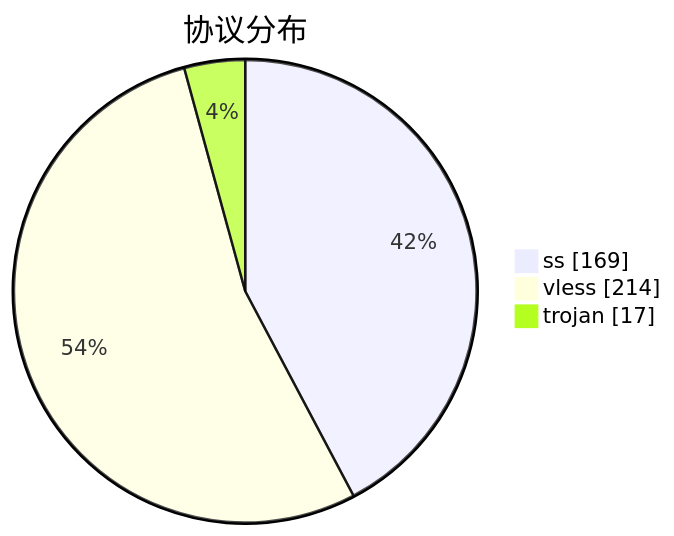
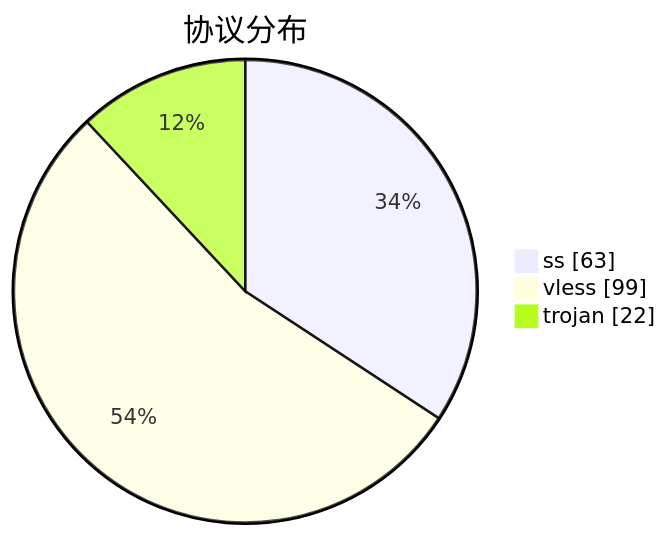
Before and after one commit to qjlxg/airport: the third of 3 diagrams in subs/statistics/tested_within.md, drawn with Mermaid. The commit also changed other lines of this file and 2 other files, not shown here.

````diff
--- a/subs/statistics/tested_within.md
+++ b/subs/statistics/tested_within.md
@@ -35,7 +30,7 @@
 ```mermaid
 pie showData
 title 协议分布
-"ss" : 169
-"vless" : 214
-"trojan" : 17
+"ss" : 63
+"vless" : 99
+"trojan" : 22
 ```
````
